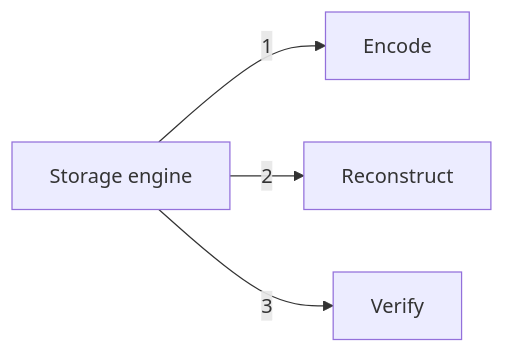
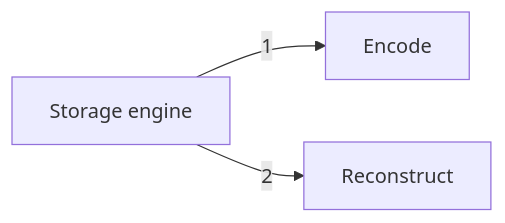
Before and after one commit to nickstrad/decentralized-object-store: the diagram in docs/c4/diagrams/05-component-erasure-a.mmd, drawn with Mermaid. The commit also changed 14 other files, not shown here.

```diff
--- a/docs/c4/diagrams/05-component-erasure-a.mmd
+++ b/docs/c4/diagrams/05-component-erasure-a.mmd
@@ -1,5 +1,4 @@
 %% draw-visual: -x 4 -y 1 -p 0
 graph LR
   STORAGE[Storage engine] -->|1| ENCODE[Encode]
   STORAGE -->|2| RECON[Reconstruct]
-  STORAGE -->|3| VERIFY[Verify]
```
